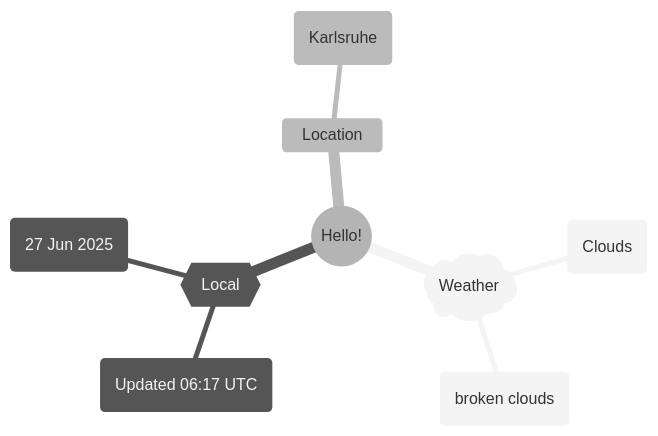
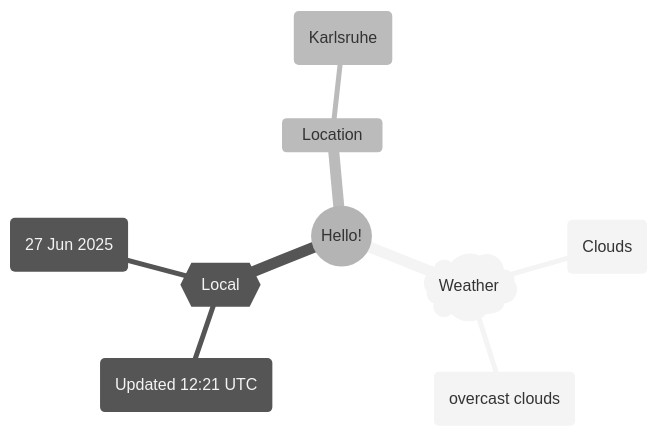
One commit to Xosrov/Xosrov changed the first of 2 diagrams in README.md. Above: the diagram before and after it, drawn with Mermaid (neutral theme).

Commit message:
[bot] updated images

````diff
--- a/README.md
+++ b/README.md
@@ -3,12 +3,12 @@
 ```mermaid
 mindmap
   root((Hello!))
     )Weather(
         (Clouds)
-        (broken clouds)
+        (overcast clouds)
     {{Local}}
-        (Updated 06:17 UTC)
+        (Updated 12:21 UTC)
         (27 Jun 2025)
     Location
         (Karlsruhe)
 ```
````
